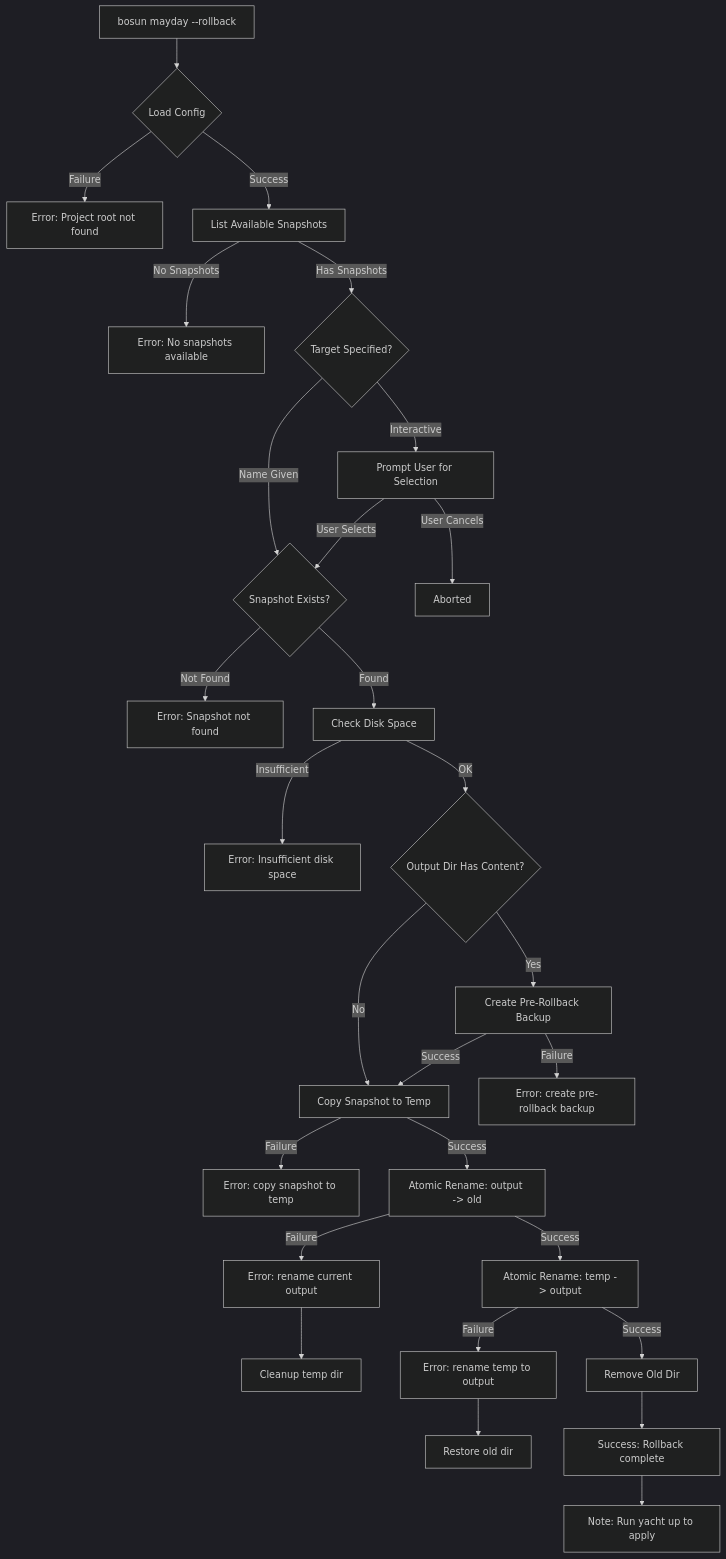
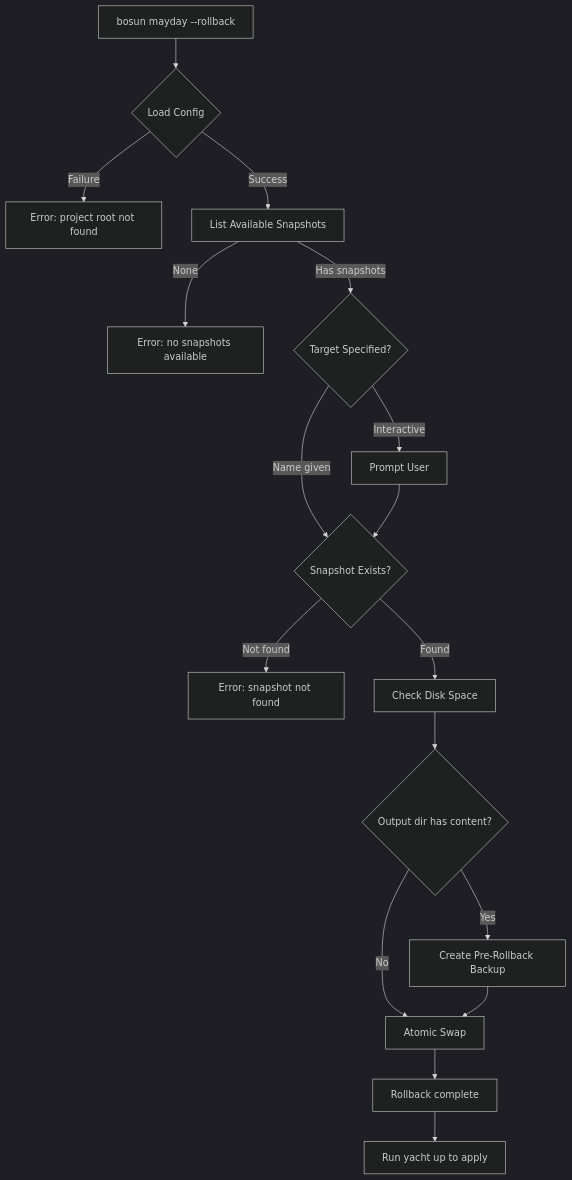
One commit to cameronsjo/bosun changed the fourth of 7 diagrams in docs/workflows.md. Above: the diagram before and after it, drawn with Mermaid (dark theme). The commit also changed other lines of this file and 8 other files, not shown here.

First line of the commit message:
docs: modernize mermaid diagrams across all docs

````diff
--- a/docs/workflows.md
+++ b/docs/workflows.md
@@ -305,41 +266,24 @@
 ```mermaid
 flowchart TD
-    A[bosun mayday --rollback] --> B{Load Config}
-    B -->|Failure| B_ERR[Error: Project root not found]
-    B -->|Success| C[List Available Snapshots]
+    Start[bosun mayday --rollback] --> LoadConfig{Load Config}
+    LoadConfig -->|Failure| ConfigErr[Error: project root not found]
+    LoadConfig -->|Success| ListSnapshots[List Available Snapshots]
 
-    C -->|No Snapshots| C_ERR[Error: No snapshots available]
-    C -->|Has Snapshots| D{Target Specified?}
+    ListSnapshots -->|None| NoSnapshots[Error: no snapshots available]
+    ListSnapshots -->|Has snapshots| SelectTarget{Target Specified?}
 
-    D -->|Interactive| E[Prompt User for Selection]
-    D -->|Name Given| F{Snapshot Exists?}
+    SelectTarget -->|Interactive| PromptUser[Prompt User]
+    SelectTarget -->|Name given| CheckExists{Snapshot Exists?}
+    PromptUser --> CheckExists
 
-    E -->|User Cancels| E_ABORT[Aborted]
-    E -->|User Selects| F
+    CheckExists -->|Not found| NotFound[Error: snapshot not found]
+    CheckExists -->|Found| CheckDisk[Check Disk Space]
 
-    F -->|Not Found| F_ERR[Error: Snapshot not found]
-    F -->|Found| G[Check Disk Space]
+    CheckDisk --> PreBackup{Output dir has content?}
+    PreBackup -->|Yes| CreateBackup[Create Pre-Rollback Backup]
+    PreBackup -->|No| AtomicSwap[Atomic Swap]
+    CreateBackup --> AtomicSwap
 
-    G -->|Insufficient| G_ERR[Error: Insufficient disk space]
-    G -->|OK| H{Output Dir Has Content?}
-
-    H -->|Yes| I[Create Pre-Rollback Backup]
-    H -->|No| J[Copy Snapshot to Temp]
-
-    I -->|Failure| I_ERR[Error: create pre-rollback backup]
-    I -->|Success| J
-
-    J -->|Failure| J_ERR[Error: copy snapshot to temp]
-    J -->|Success| K[Atomic Rename: output -> old]
-
-    K -->|Failure| K_ERR[Error: rename current output]
-    K_ERR --> K_CLEANUP[Cleanup temp dir]
-    K -->|Success| L[Atomic Rename: temp -> output]
-
-    L -->|Failure| L_ERR[Error: rename temp to output]
-    L_ERR --> L_RESTORE[Restore old dir]
-    L -->|Success| M[Remove Old Dir]
-
-    M --> N[Success: Rollback complete]
-    N --> O[Note: Run yacht up to apply]
+    AtomicSwap --> Success[Rollback complete]
+    Success --> Note[Run yacht up to apply]
 ```
````
